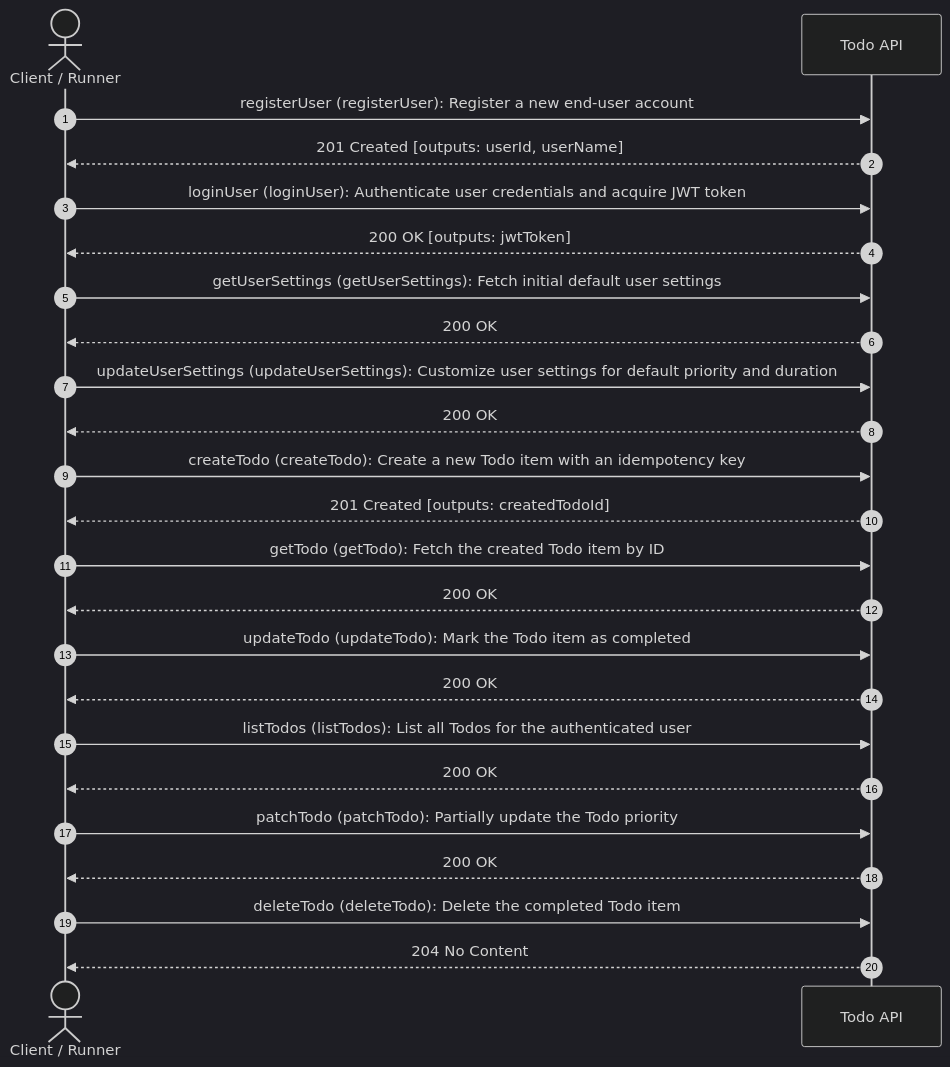
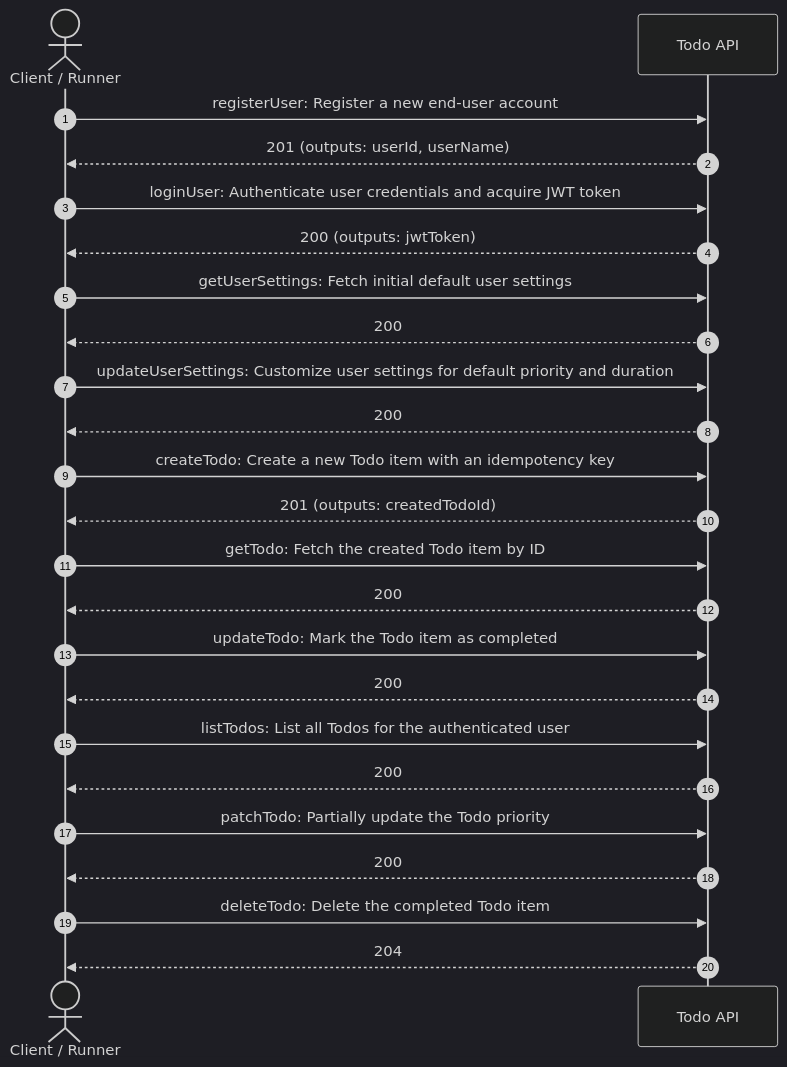
The first of 2 diagrams in docs/workflows/README.md (tom009924/sandbox), drawn with Mermaid (dark theme) before and after one commit. The commit also changed other lines of this file and 1 other file, not shown here.

Commit message:
refactor(workflows): streamline workflow conversion to essential sequence details
Simplify the Arazzo to Mermaid conversion script by removing redundant HTTP status phrase mappings and duplicated Markdown tables. Sequence diagrams now directly show step IDs, descriptions, concise status codes, and output mappings in a clean, minimal representation.

````diff
--- a/docs/workflows/README.md
+++ b/docs/workflows/README.md
@@ -17,26 +16,26 @@
 ```mermaid
 sequenceDiagram
     autonumber
     actor Client as Client / Runner
     participant API as Todo API
-    Client->>API: registerUser (registerUser): Register a new end-user account
-    API-->>Client: 201 Created [outputs: userId, userName]
-    Client->>API: loginUser (loginUser): Authenticate user credentials and acquire JWT token
-    API-->>Client: 200 OK [outputs: jwtToken]
-    Client->>API: getUserSettings (getUserSettings): Fetch initial default user settings
-    API-->>Client: 200 OK
-    Client->>API: updateUserSettings (updateUserSettings): Customize user settings for default priority and duration
-    API-->>Client: 200 OK
-    Client->>API: createTodo (createTodo): Create a new Todo item with an idempotency key
-    API-->>Client: 201 Created [outputs: createdTodoId]
-    Client->>API: getTodo (getTodo): Fetch the created Todo item by ID
-    API-->>Client: 200 OK
-    Client->>API: updateTodo (updateTodo): Mark the Todo item as completed
-    API-->>Client: 200 OK
-    Client->>API: listTodos (listTodos): List all Todos for the authenticated user
-    API-->>Client: 200 OK
-    Client->>API: patchTodo (patchTodo): Partially update the Todo priority
-    API-->>Client: 200 OK
-    Client->>API: deleteTodo (deleteTodo): Delete the completed Todo item
-    API-->>Client: 204 No Content
+    Client->>API: registerUser: Register a new end-user account
+    API-->>Client: 201 (outputs: userId, userName)
+    Client->>API: loginUser: Authenticate user credentials and acquire JWT token
+    API-->>Client: 200 (outputs: jwtToken)
+    Client->>API: getUserSettings: Fetch initial default user settings
+    API-->>Client: 200
+    Client->>API: updateUserSettings: Customize user settings for default priority and duration
+    API-->>Client: 200
+    Client->>API: createTodo: Create a new Todo item with an idempotency key
+    API-->>Client: 201 (outputs: createdTodoId)
+    Client->>API: getTodo: Fetch the created Todo item by ID
+    API-->>Client: 200
+    Client->>API: updateTodo: Mark the Todo item as completed
+    API-->>Client: 200
+    Client->>API: listTodos: List all Todos for the authenticated user
+    API-->>Client: 200
+    Client->>API: patchTodo: Partially update the Todo priority
+    API-->>Client: 200
+    Client->>API: deleteTodo: Delete the completed Todo item
+    API-->>Client: 204
 ```
````
